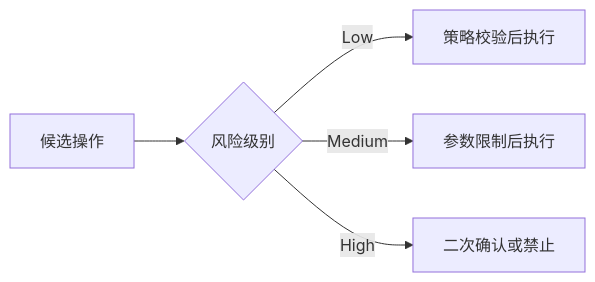
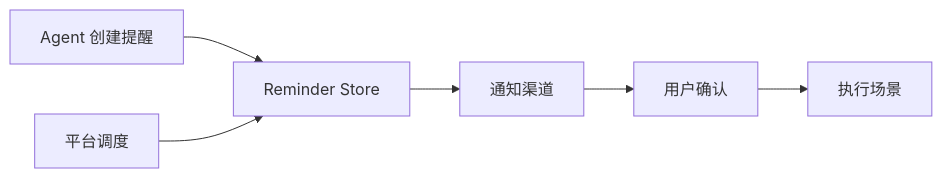
Before and after one commit to zhangys10/mijia-web-console: diagram 12 of 14 in docs/ai-home-poc-design.md, drawn with Mermaid. The commit also changed other lines of this file, not shown here.

Commit message:
docs: redesign AI Home around Makers Agent gateway

````diff
--- a/docs/ai-home-poc-design.md
+++ b/docs/ai-home-poc-design.md
@@ -826,7 +416,8 @@
 ```mermaid
 flowchart LR
-    A["候选操作"] --> B{"风险级别"}
-    B -- Low --> C["策略校验后执行"]
-    B -- Medium --> D["参数限制后执行"]
-    B -- High --> E["二次确认或禁止"]
+    A["Agent 创建提醒"] --> R["Reminder Store"]
+    T["平台调度"] --> R
+    R --> N["通知渠道"]
+    N --> U["用户确认"]
+    U --> X["执行场景"]
 ```
````
